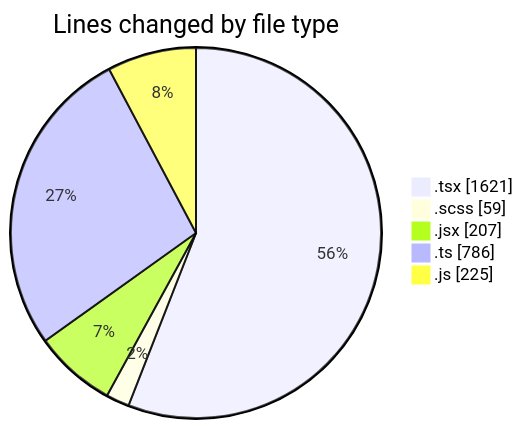
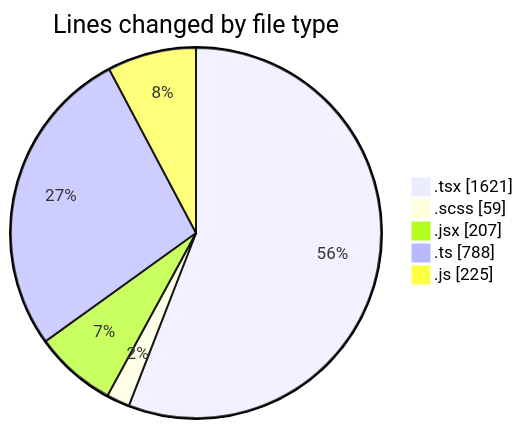
The first of 2 diagrams in 2026-07-23/cda/README.md (momahboobian/code-tracking), drawn with Mermaid before and after one commit. The commit also changed other lines of this file and 1 other file, not shown here.

````diff
--- a/2026-07-23/cda/README.md
+++ b/2026-07-23/cda/README.md
@@ -34,9 +34,9 @@
 ```mermaid
 pie showData
 title Lines changed by file type
 ".tsx" : 1621
 ".scss" : 59
 ".jsx" : 207
-".ts" : 786
+".ts" : 788
 ".js" : 225
 ```
````
